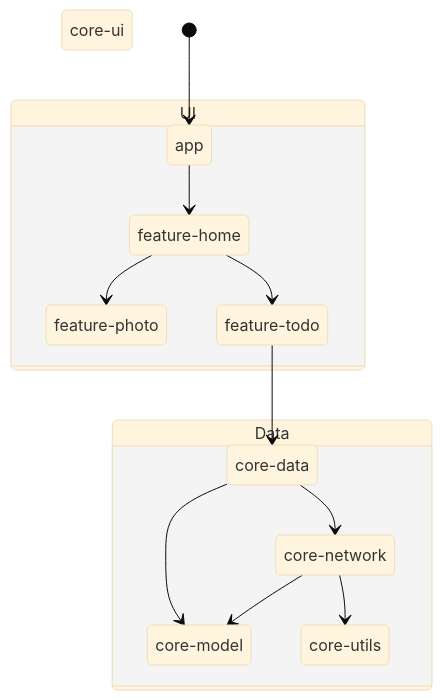
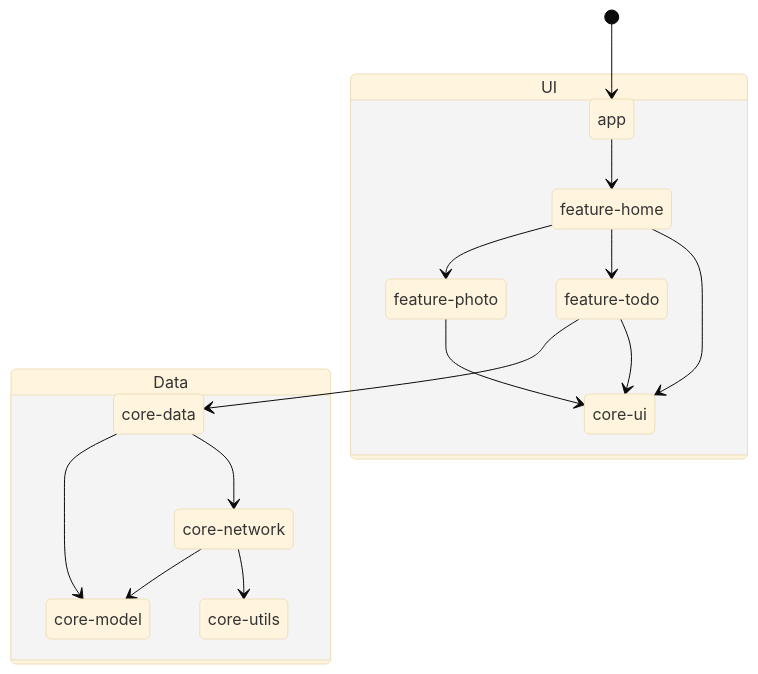
Before and after one commit to cambridge-cares/TheWorldAvatar: the first of 3 diagrams in Apps/SampleApp/README.md, drawn with Mermaid (base theme).

Commit message:
1786-android-documentation: fix diagram

````diff
--- a/Apps/SampleApp/README.md
+++ b/Apps/SampleApp/README.md
@@ -50,27 +50,30 @@
 ```mermaid
     stateDiagram-v2
       cd: core-data
       cm: core-model
       cn: core-network
       cui: core-ui
       cut: core-utils
       fh: feature-home
       fp: feature-photo
       ft: feature-todo
 
       [*] --> app
       ft --> cd
 
       state UI {
         app --> fh
         fh --> fp
         fh --> ft
+        fh --> cui
+        fp --> cui
+        ft --> cui
       }
 
       state Data {
         cd --> cm
         cd --> cn
         cn --> cm
         cn --> cut
       }
 ```
````
